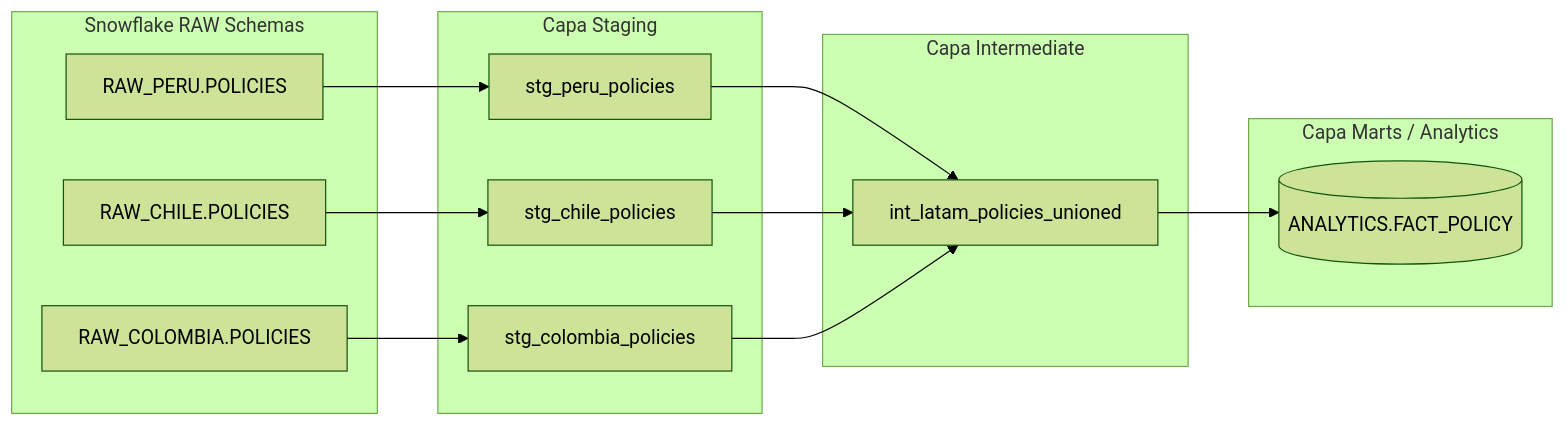
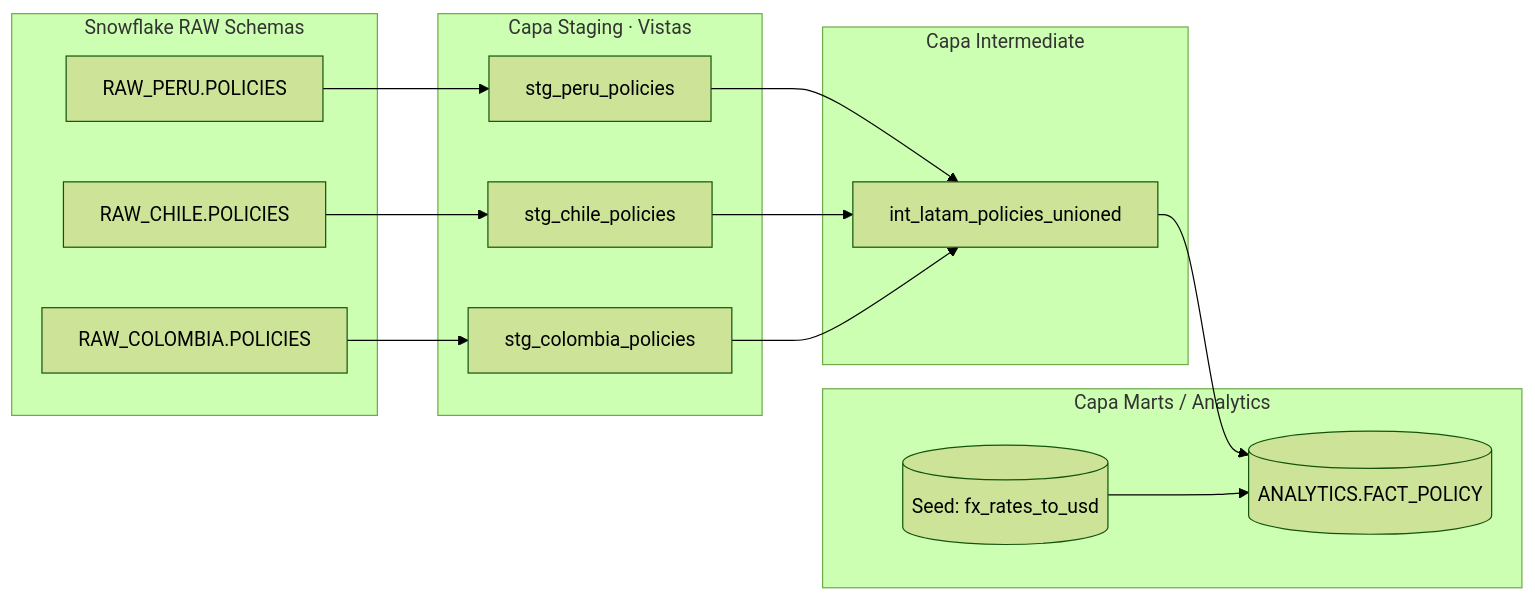
The first of 2 diagrams in README.md (lfardilaji/gallagher-migration-test), drawn with Mermaid (forest theme) before and after one commit. The commit also changed other lines of this file, not shown here.

````diff
--- a/README.md
+++ b/README.md
@@ -88,30 +137,29 @@
 ```mermaid
 graph LR
     subgraph Fuentes_RAW [Snowflake RAW Schemas]
         A[RAW_PERU.POLICIES]
         B[RAW_CHILE.POLICIES]
         C[RAW_COLOMBIA.POLICIES]
     end
 
-    subgraph Staging_Layer [Capa Staging]
+    subgraph Staging_Layer [Capa Staging · Vistas]
         D[stg_peru_policies]
         E[stg_chile_policies]
         F[stg_colombia_policies]
     end
 
     subgraph Intermediate_Layer [Capa Intermediate]
         G[int_latam_policies_unioned]
     end
 
     subgraph Marts_Layer [Capa Marts / Analytics]
+        S[(Seed: fx_rates_to_usd)]
         H[(ANALYTICS.FACT_POLICY)]
     end
 
-    A --> D
-    B --> E
-    C --> F
-    D --> G
-    E --> G
-    F --> G
+    A --> D --> G
+    B --> E --> G
+    C --> F --> G
     G --> H
+    S --> H
 ```
````
